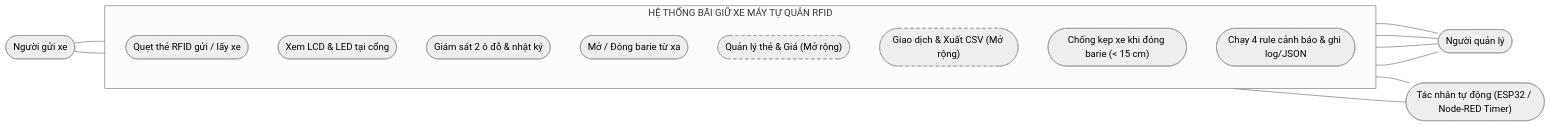
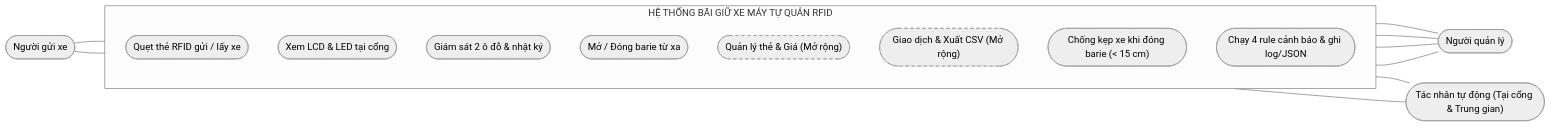
The first of 6 diagrams in docs/BAO_CAO_TIEU_LUAN_HOAN_CHINH.md (Tthoong129/IOT_Nhom4), drawn with Mermaid (neutral theme) before and after one commit. The commit also changed other lines of this file, not shown here.

````diff
--- a/docs/BAO_CAO_TIEU_LUAN_HOAN_CHINH.md
+++ b/docs/BAO_CAO_TIEU_LUAN_HOAN_CHINH.md
@@ -253,30 +253,30 @@
 ```mermaid
 flowchart LR
     U1(["Người gửi xe"])
     U2(["Người quản lý"])
-    U3(["Tác nhân tự động (ESP32 / Node-RED Timer)"])
+    U3(["Tác nhân tự động (Tại cổng & Trung gian)"])
 
     subgraph SYS["HỆ THỐNG BÃI GIỮ XE MÁY TỰ QUẢN RFID"]
         direction TB
         UC1(["Quẹt thẻ RFID gửi / lấy xe"])
         UC2(["Xem LCD & LED tại cổng"])
         UC3(["Giám sát 2 ô đỗ & nhật ký"])
         UC4(["Mở / Đóng barie từ xa"])
         UC7(["Quản lý thẻ & Giá (Mở rộng)"])
         UC8(["Giao dịch & Xuất CSV (Mở rộng)"])
         UC5(["Chống kẹp xe khi đóng barie (< 15 cm)"])
         UC6(["Chạy 4 rule cảnh báo & ghi log/JSON"])
     end
 
     U1 --- UC1
     U1 --- UC2
     UC3 --- U2
     UC4 --- U2
     UC7 --- U2
     UC8 --- U2
     UC5 --- U3
     UC6 --- U3
 
     classDef ext stroke-dasharray: 5 5
     class UC7,UC8 ext
 ```
````
